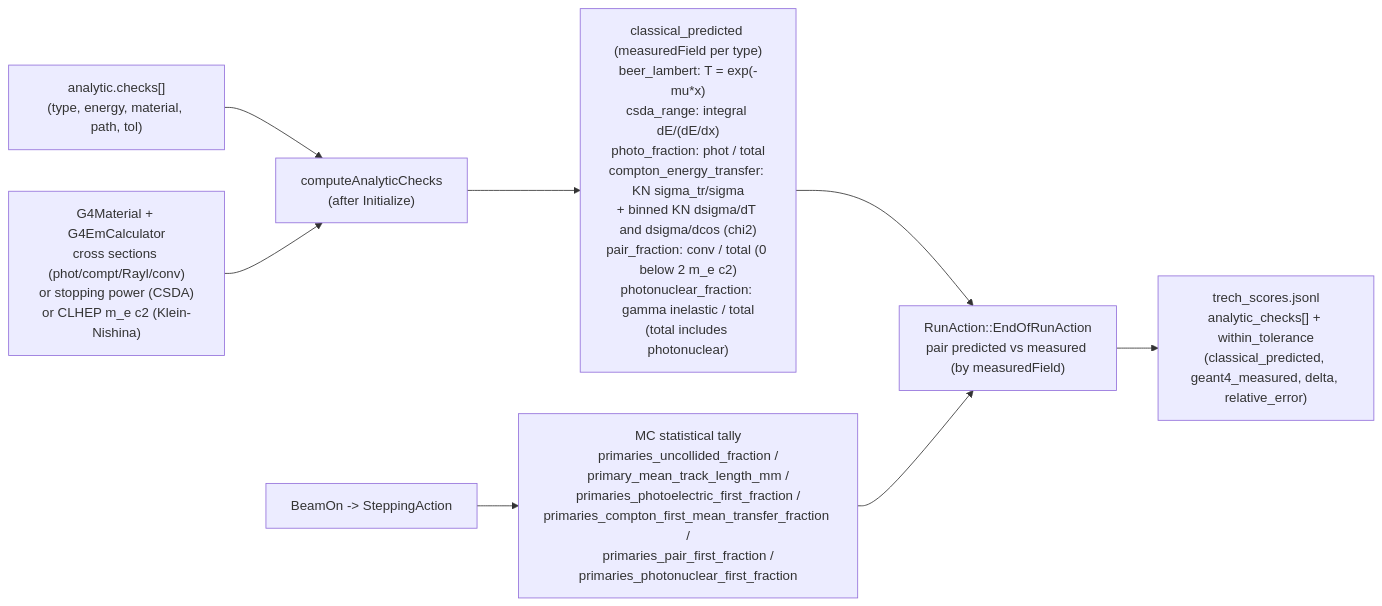
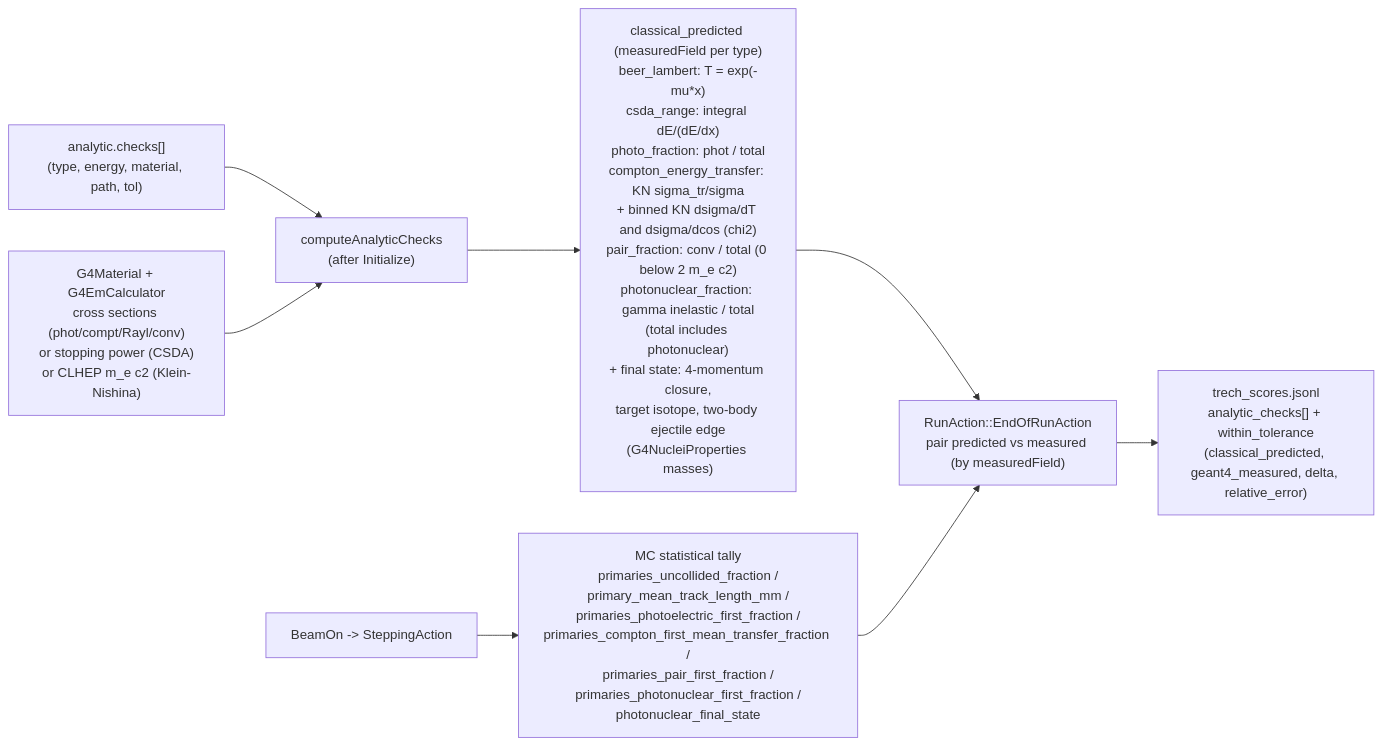
Diagram 16 of 43 in CHARTS.md (Geckos-Ink/trech), drawn with Mermaid before and after one commit. The commit also changed 16 other files, not shown here.

````diff
--- a/CHARTS.md
+++ b/CHARTS.md
@@ -351,10 +351,10 @@
 ```mermaid
 flowchart LR
   CFG["analytic.checks[]\n(type, energy, material, path, tol)"] --> ACC["computeAnalyticChecks\n(after Initialize)"]
   G4MAT2["G4Material + G4EmCalculator\ncross sections (phot/compt/Rayl/conv)\nor stopping power (CSDA)\nor CLHEP m_e c2 (Klein-Nishina)"] --> ACC
-  ACC --> PRED["classical_predicted (measuredField per type)\nbeer_lambert: T = exp(-mu*x)\ncsda_range: integral dE/(dE/dx)\nphoto_fraction: phot / total\ncompton_energy_transfer: KN sigma_tr/sigma\n+ binned KN dsigma/dT and dsigma/dcos (chi2)\npair_fraction: conv / total (0 below 2 m_e c2)\nphotonuclear_fraction: gamma inelastic / total\n(total includes photonuclear)"]
-  BEAMON["BeamOn -> SteppingAction"] --> MEAS["MC statistical tally\nprimaries_uncollided_fraction /\nprimary_mean_track_length_mm /\nprimaries_photoelectric_first_fraction /\nprimaries_compton_first_mean_transfer_fraction /\nprimaries_pair_first_fraction /\nprimaries_photonuclear_first_fraction"]
+  ACC --> PRED["classical_predicted (measuredField per type)\nbeer_lambert: T = exp(-mu*x)\ncsda_range: integral dE/(dE/dx)\nphoto_fraction: phot / total\ncompton_energy_transfer: KN sigma_tr/sigma\n+ binned KN dsigma/dT and dsigma/dcos (chi2)\npair_fraction: conv / total (0 below 2 m_e c2)\nphotonuclear_fraction: gamma inelastic / total\n(total includes photonuclear)\n+ final state: 4-momentum closure,\ntarget isotope, two-body ejectile edge\n(G4NucleiProperties masses)"]
+  BEAMON["BeamOn -> SteppingAction"] --> MEAS["MC statistical tally\nprimaries_uncollided_fraction /\nprimary_mean_track_length_mm /\nprimaries_photoelectric_first_fraction /\nprimaries_compton_first_mean_transfer_fraction /\nprimaries_pair_first_fraction /\nprimaries_photonuclear_first_fraction /\nphotonuclear_final_state"]
   PRED --> CMP["RunAction::EndOfRunAction\npair predicted vs measured (by measuredField)"]
   MEAS --> CMP
   CMP --> OUT["trech_scores.jsonl\nanalytic_checks[] + within_tolerance\n(classical_predicted, geant4_measured, delta, relative_error)"]
 ```
````
